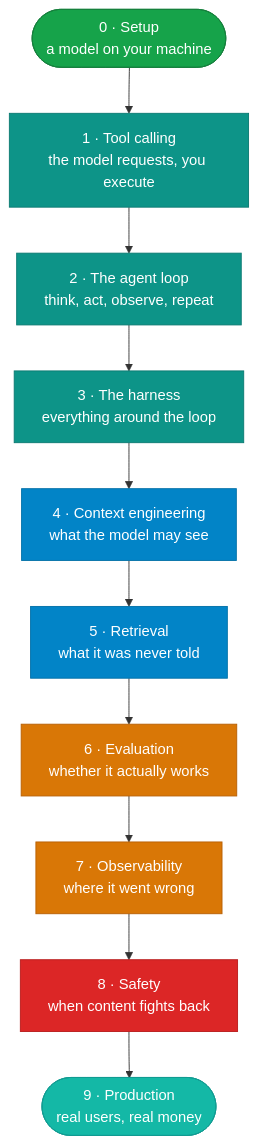
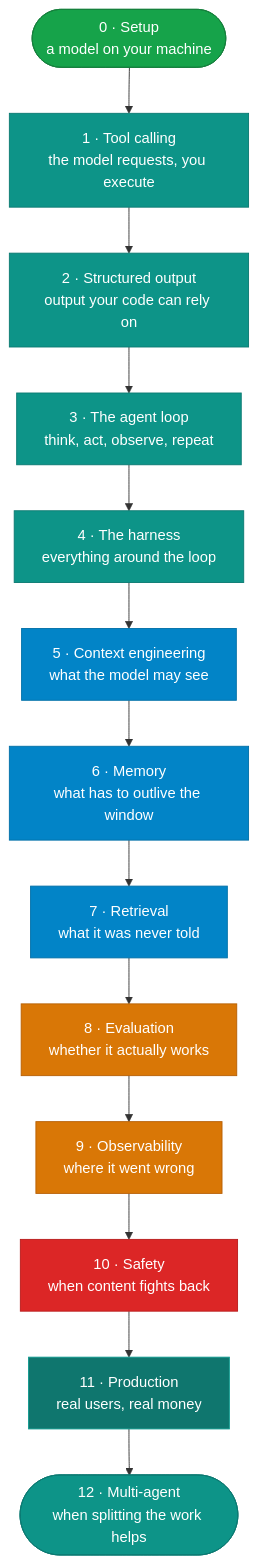
One commit to nitin27may/ai-resources changed the diagram in docs/00-start-here/the-path.md. Above: the diagram before and after it, drawn with Mermaid. The commit also changed other lines of this file and 84 other files, not shown here.

````diff
--- a/docs/00-start-here/the-path.md
+++ b/docs/00-start-here/the-path.md
@@ -42,20 +47,23 @@
 ```mermaid
 flowchart TB
     S(["0 · Setup<br/>a model on your machine"]):::success
     S --> T["1 · Tool calling<br/>the model requests, you execute"]:::primary
-    T --> L["2 · The agent loop<br/>think, act, observe, repeat"]:::primary
-    L --> H["3 · The harness<br/>everything around the loop"]:::primary
-    H --> C["4 · Context engineering<br/>what the model may see"]:::processing
-    C --> R["5 · Retrieval<br/>what it was never told"]:::processing
-    R --> E["6 · Evaluation<br/>whether it actually works"]:::warning
-    E --> O["7 · Observability<br/>where it went wrong"]:::warning
-    O --> F["8 · Safety<br/>when content fights back"]:::danger
-    F --> P(["9 · Production<br/>real users, real money"]):::storage
+    T --> SO["2 · Structured output<br/>output your code can rely on"]:::primary
+    SO --> L["3 · The agent loop<br/>think, act, observe, repeat"]:::primary
+    L --> H["4 · The harness<br/>everything around the loop"]:::primary
+    H --> C["5 · Context engineering<br/>what the model may see"]:::processing
+    C --> M["6 · Memory<br/>what has to outlive the window"]:::processing
+    M --> R["7 · Retrieval<br/>what it was never told"]:::processing
+    R --> E["8 · Evaluation<br/>whether it actually works"]:::warning
+    E --> O["9 · Observability<br/>where it went wrong"]:::warning
+    O --> F["10 · Safety<br/>when content fights back"]:::danger
+    F --> P["11 · Production<br/>real users, real money"]:::storage
+    P --> MA(["12 · Multi-agent<br/>when splitting the work helps"]):::primary
 
     classDef success fill:#16a34a,stroke:#15803d,color:#fff
     classDef primary fill:#0d9488,stroke:#0b7a72,color:#fff
     classDef processing fill:#0284c7,stroke:#0270a8,color:#fff
     classDef warning fill:#d97706,stroke:#b86005,color:#fff
     classDef danger fill:#dc2626,stroke:#b91c1c,color:#fff
-    classDef storage fill:#14b8a6,stroke:#119b91,color:#fff
+    classDef storage fill:#0f766e,stroke:#119b91,color:#fff
 ```
````
